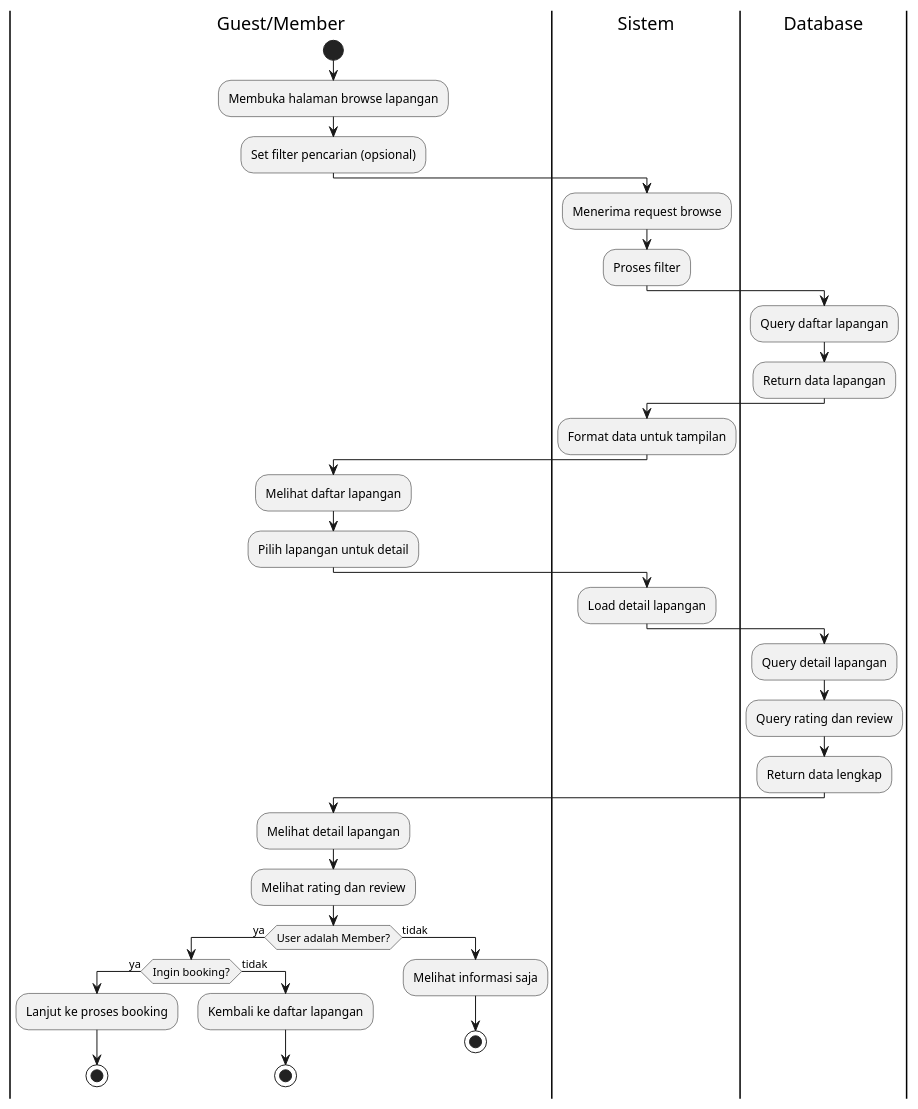
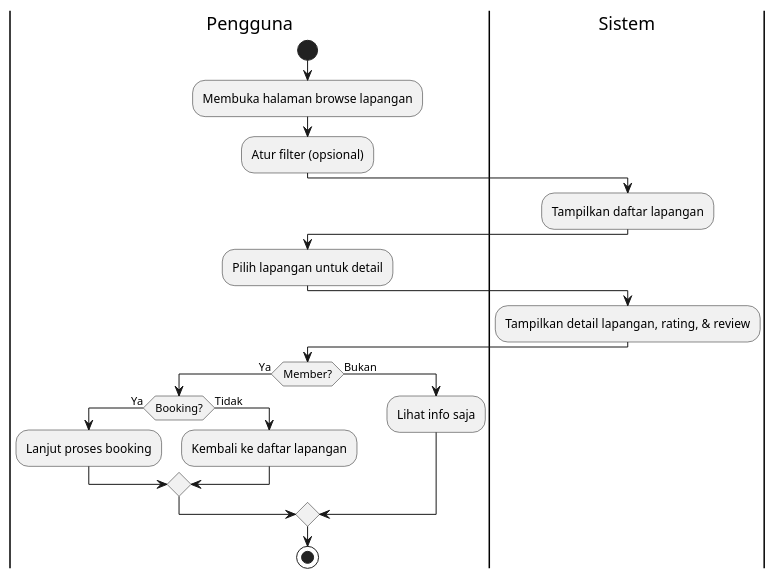
The diagram in JurnalAPPL/ActivityDiagram/browseLapangan.puml (myasirnovals/Appl), drawn with PlantUML before and after one commit. The commit also changed 92 other files, not shown here.

Commit message:
memperbaiki seluruh diagram

```diff
--- a/JurnalAPPL/ActivityDiagram/browseLapangan.puml
+++ b/JurnalAPPL/ActivityDiagram/browseLapangan.puml
@@ -1,45 +1,27 @@
 @startuml
-|Guest/Member|
+|Pengguna|
 start
 :Membuka halaman browse lapangan;
-:Set filter pencarian (opsional);
+:Atur filter (opsional);
 
 |Sistem|
-:Menerima request browse;
-:Proses filter;
+:Tampilkan daftar lapangan;
 
-|Database|
-:Query daftar lapangan;
-:Return data lapangan;
-
-|Sistem|
-:Format data untuk tampilan;
-
-|Guest/Member|
-:Melihat daftar lapangan;
+|Pengguna|
 :Pilih lapangan untuk detail;
 
 |Sistem|
-:Load detail lapangan;
+:Tampilkan detail lapangan, rating, & review;
 
-|Database|
-:Query detail lapangan;
-:Query rating dan review;
-:Return data lengkap;
-
-|Guest/Member|
-:Melihat detail lapangan;
-:Melihat rating dan review;
-if (User adalah Member?) then (ya)
-  if (Ingin booking?) then (ya)
-    :Lanjut ke proses booking;
-    stop
-  else (tidak)
+|Pengguna|
+if (Member?) then (Ya)
+  if (Booking?) then (Ya)
+    :Lanjut proses booking;
+  else (Tidak)
     :Kembali ke daftar lapangan;
-    stop
   endif
-else (tidak)
-  :Melihat informasi saja;
-  stop
+else (Bukan)
+  :Lihat info saja;
 endif
+stop
 @enduml
```
